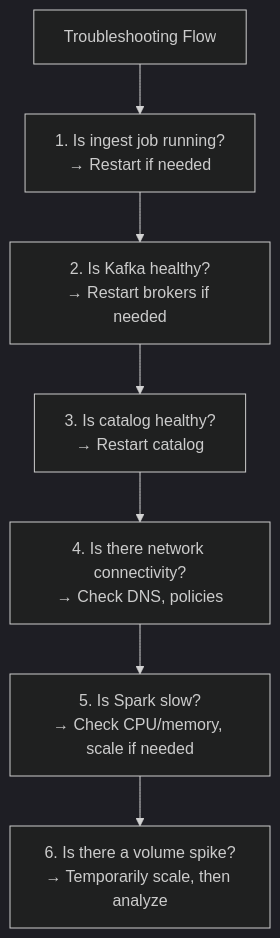
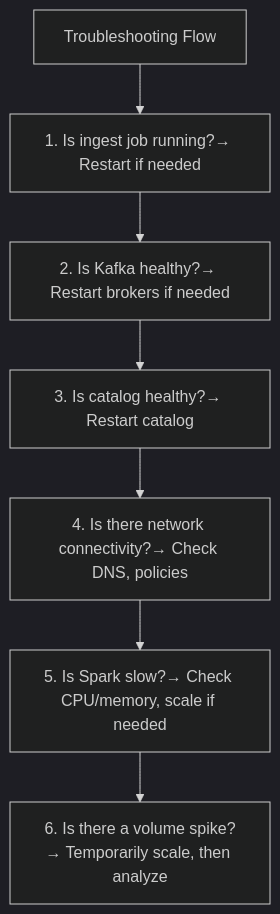
One commit to naren-chakraview/chakraview-fintech-data-mesh changed the sixth of 8 diagrams in docs/production/troubleshooting.md. Above: the diagram before and after it, drawn with Mermaid (dark theme). The commit also changed other lines of this file and 9 other files, not shown here.

Commit message:
fix: remove HTML br tags from mermaid diagrams and fix diagram syntax for v11 compatibility

````diff
--- a/docs/production/troubleshooting.md
+++ b/docs/production/troubleshooting.md
@@ -141,10 +141,10 @@
 ```mermaid
 graph TD
     A["Troubleshooting Flow"]
-    A --> A1["1. Is ingest job running?<br/>→ Restart if needed"]
-    A1 --> A2["2. Is Kafka healthy?<br/>→ Restart brokers if needed"]
-    A2 --> A3["3. Is catalog healthy?<br/>→ Restart catalog"]
-    A3 --> A4["4. Is there network connectivity?<br/>→ Check DNS, policies"]
-    A4 --> A5["5. Is Spark slow?<br/>→ Check CPU/memory, scale if needed"]
-    A5 --> A6["6. Is there a volume spike?<br/>→ Temporarily scale, then analyze"]
+    A --> A1["1. Is ingest job running?→ Restart if needed"]
+    A1 --> A2["2. Is Kafka healthy?→ Restart brokers if needed"]
+    A2 --> A3["3. Is catalog healthy?→ Restart catalog"]
+    A3 --> A4["4. Is there network connectivity?→ Check DNS, policies"]
+    A4 --> A5["5. Is Spark slow?→ Check CPU/memory, scale if needed"]
+    A5 --> A6["6. Is there a volume spike?→ Temporarily scale, then analyze"]
 ```
````
